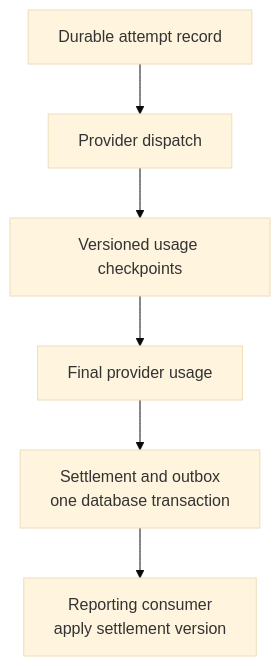
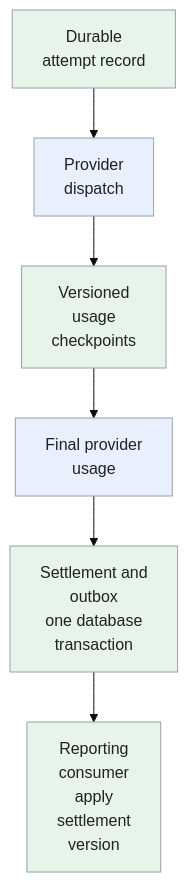
The fifth of 5 diagrams in _designs/system-design-openrouter.md (iliazlobin/iliazlobin.github.io), drawn with Mermaid (base theme) before and after one commit. The commit also changed other lines of this file and 131 other files, not shown here.

````diff
--- a/_designs/system-design-openrouter.md
+++ b/_designs/system-design-openrouter.md
@@ -339,8 +422,13 @@
 ```mermaid
 flowchart TB
-    A["Durable attempt record"] --> B["Provider dispatch"]
-    B --> C["Versioned usage checkpoints"]
-    C --> D["Final provider usage"]
-    D --> E["Settlement and outbox<br>one database transaction"]
-    E --> F["Reporting consumer<br>apply settlement version"]
+    A["Durable<br>attempt record"] --> B["Provider<br>dispatch"]
+    B --> C["Versioned<br>usage<br>checkpoints"]
+    C --> D["Final provider<br>usage"]
+    D --> E["Settlement and<br>outbox<br>one database<br>transaction"]
+    E --> F["Reporting<br>consumer<br>apply<br>settlement<br>version"]
+  classDef request fill:#e8f0fe,stroke:#9aa0a6,color:#202124,stroke-width:1px
+  classDef background fill:#e6f4ea,stroke:#9aa0a6,color:#202124,stroke-width:1px
+  classDef control fill:#fef7e0,stroke:#9aa0a6,color:#202124,stroke-width:1px
+  class B,D request
+  class A,C,E,F background
 ```
````
